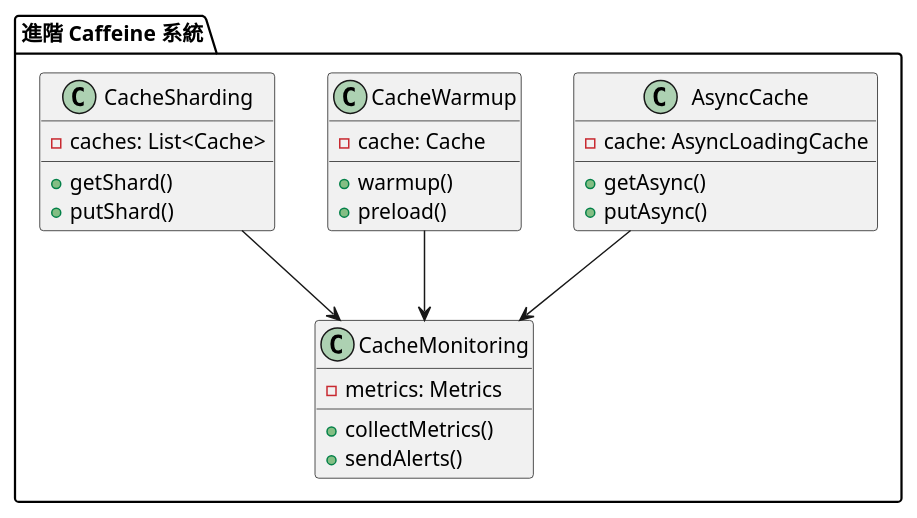
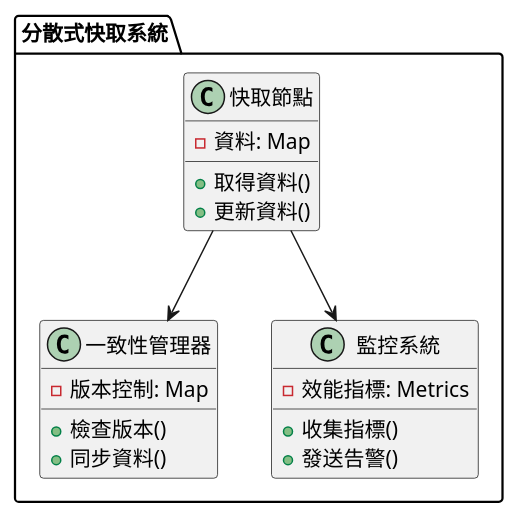
One commit to fine5351/info-sync changed the third of 3 diagrams in doc/learning/architecture/cache_tutorial.md. Above: the diagram before and after it, drawn with PlantUML. The commit also changed other lines of this file and 35 other files, not shown here.

````diff
--- a/doc/learning/architecture/cache_tutorial.md
+++ b/doc/learning/architecture/cache_tutorial.md
@@ -343,33 +237,26 @@
 ```plantuml
 @startuml
-package "進階 Caffeine 系統" {
-    class AsyncCache {
-        - cache: AsyncLoadingCache
-        + getAsync()
-        + putAsync()
+package "分散式快取系統" {
+    class 快取節點 {
+        - 資料: Map
+        + 取得資料()
+        + 更新資料()
     }
     
-    class CacheWarmup {
-        - cache: Cache
-        + warmup()
-        + preload()
+    class 一致性管理器 {
+        - 版本控制: Map
+        + 檢查版本()
+        + 同步資料()
     }
     
-    class CacheSharding {
-        - caches: List<Cache>
-        + getShard()
-        + putShard()
-    }
-    
-    class CacheMonitoring {
-        - metrics: Metrics
-        + collectMetrics()
-        + sendAlerts()
+    class 監控系統 {
+        - 效能指標: Metrics
+        + 收集指標()
+        + 發送告警()
     }
 }
 
-AsyncCache --> CacheMonitoring
-CacheWarmup --> CacheMonitoring
-CacheSharding --> CacheMonitoring
+快取節點 --> 一致性管理器
+快取節點 --> 監控系統
 @enduml
 ```
````
